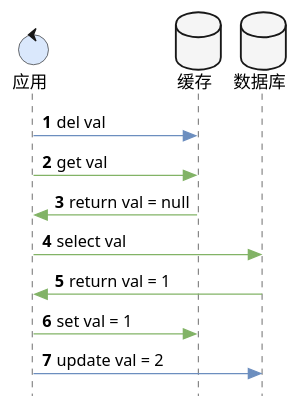
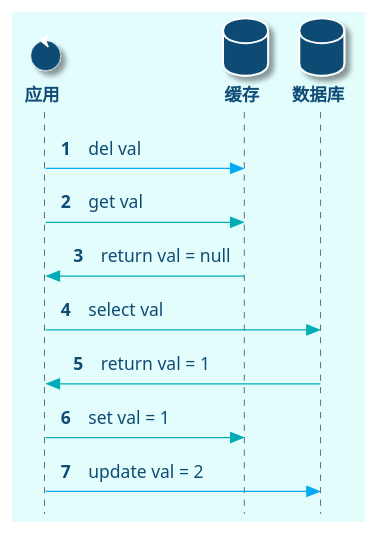
Before and after one commit to dunwu/waterdrop: the diagram in assets/分布式/分布式存储/分布式缓存/先删缓存再更新数据库.puml, drawn with PlantUML. The commit also changed 4 other files, not shown here.

```diff
--- a/assets/分布式/分布式存储/分布式缓存/先删缓存再更新数据库.puml
+++ b/assets/分布式/分布式存储/分布式缓存/先删缓存再更新数据库.puml
@@ -1,23 +1,78 @@
 @startuml
 'https://plantuml.com/sequence-diagram
 
+'样式设置 Begin
+
+skinparam style strictuml
+skinparam BackgroundColor #E3FDFD
+skinparam Shadowing true
+skinparam defaultFontColor #0F4C75
+skinparam defaultFontSize 14
+skinparam ArrowColor #607D8B
+skinparam Padding 5
+
+'参与者样式设置
+
+skinparam ActorFontStyle Bold
+skinparam ActorFontColor #0F4C75
+skinparam ActorBorderColor #0F4C75
+skinparam ActorBackgroundColor #0F4C75
+
+skinparam BoundaryFontStyle Bold
+skinparam BoundaryFontColor #0F4C75
+skinparam BoundaryBorderColor #0F4C75
+skinparam BoundaryBackgroundColor #0F4C75
+
+skinparam CollectionsFontStyle Bold
+skinparam CollectionsFontColor #FFFFFF
+skinparam CollectionsBorderColor #FFFFFF
+skinparam CollectionsBackgroundColor #0F4C75
+
+skinparam ControlFontStyle Bold
+skinparam ControlFontColor #0F4C75
+skinparam ControlBorderColor #FFFFFF
+skinparam ControlBackgroundColor #0F4C75
+
+skinparam DatabaseFontStyle Bold
+skinparam DatabaseFontColor #0F4C75
+skinparam DatabaseBorderColor #FFFFFF
+skinparam DatabaseBackgroundColor #0F4C75
+
+skinparam EntityFontStyle Bold
+skinparam EntityFontColor #0F4C75
+skinparam EntityBorderColor #FFFFFF
+skinparam EntityBackgroundColor #0F4C75
+
+skinparam ParticipantFontStyle Bold
+skinparam ParticipantFontColor #FFFFFF
+skinparam ParticipantBorderColor #FFFFFF
+skinparam ParticipantBackgroundColor #0F4C75
+
+skinparam QueueFontStyle Bold
+skinparam QueueFontColor #FFFFFF
+skinparam QueueBorderColor #607D8B
+skinparam QueueBackgroundColor #0F4C75
+
+skinparam SequenceGroupBorderColor #607D8B
+
+'样式设置 End
+
 autonumber
-skinparam style strictuml
 
-database 数据库 as db #F5F5F5
-database 缓存 as cache #F5F5F5
-control 应用 as app #DAE8FC
+database 数据库 as db
+database 缓存 as cache
+control 应用 as app
 
 participant app order 1
 participant cache order 2
 participant db order 3
 
-app -[#6C8EBF]> cache: del val
-app -[#82B366]> cache: get val
-app <[#82B366]- cache: return val = null
-app -[#82B366]> db: select val
-app <[#82B366]- db: return val = 1
-app -[#82B366]> cache: set val = 1
-app -[#6C8EBF]> db: update val = 2
+app -[#03A9F4]> cache: del val
+app -[#00ADB5]> cache: get val
+app <[#00ADB5]- cache: return val = null
+app -[#00ADB5]> db: select val
+app <[#00ADB5]- db: return val = 1
+app -[#00ADB5]> cache: set val = 1
+app -[#03A9F4]> db: update val = 2
 
 @enduml
```
